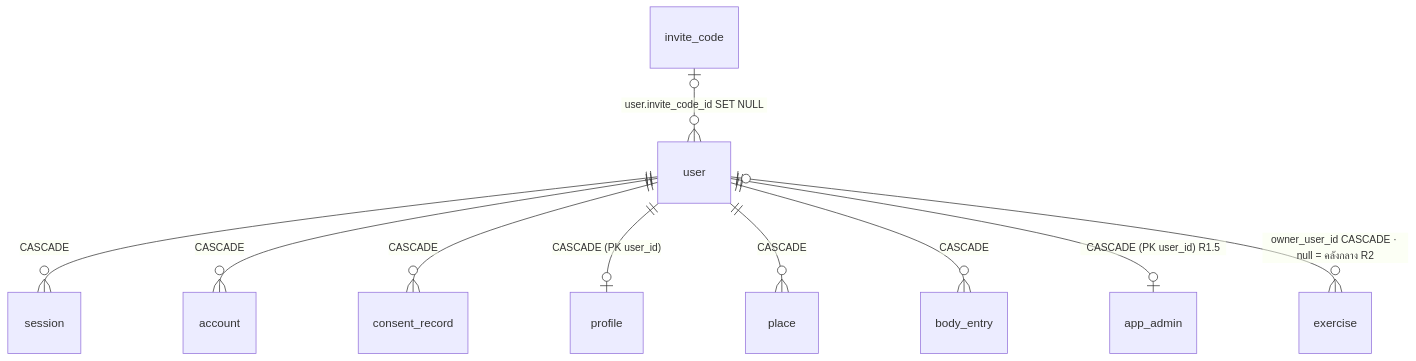
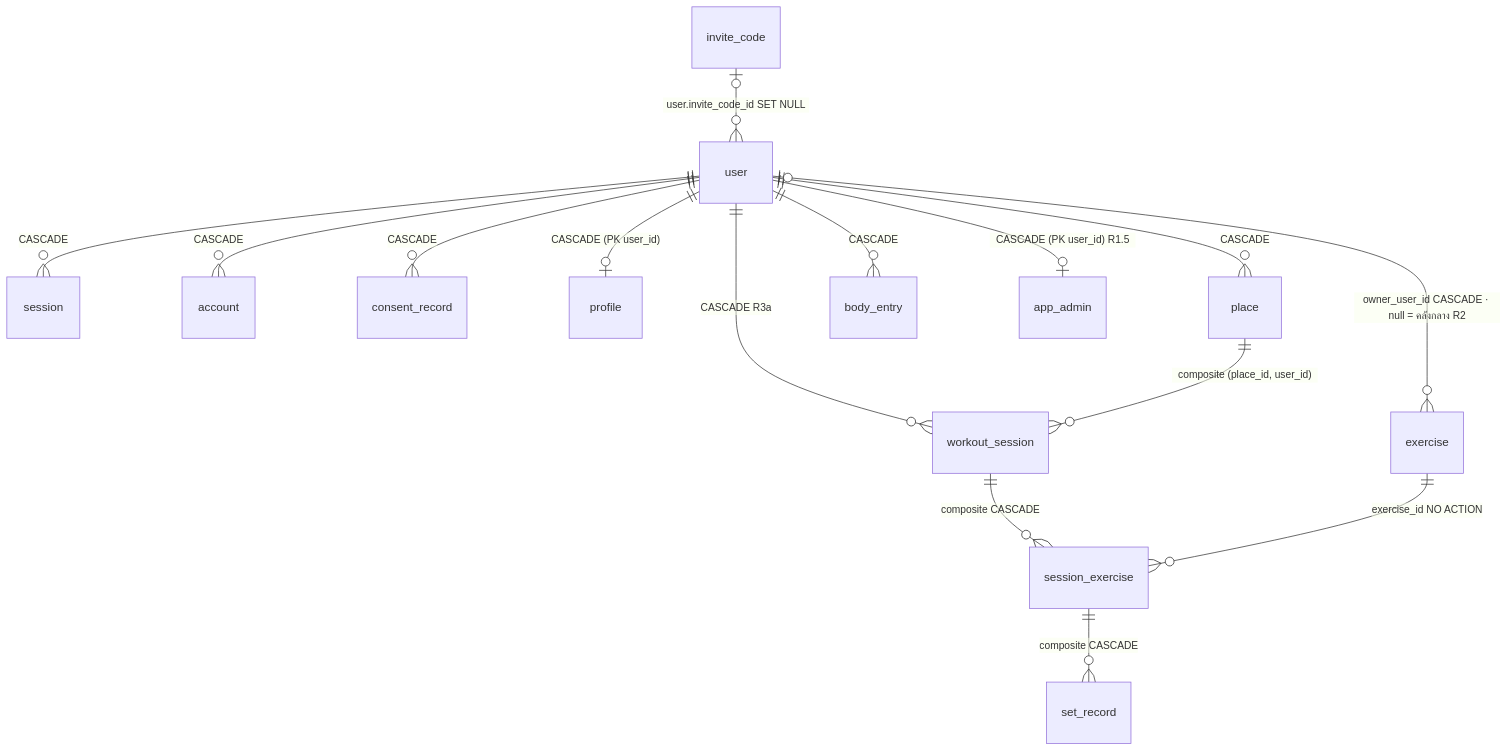
One commit to ieatbaozi-stack/fatcatfit changed the second of 2 diagrams in docs/design/ARCHITECTURE.md. Above: the diagram before and after it, drawn with Mermaid. The commit also changed other lines of this file and 3 other files, not shown here.

Commit message:
docs: R3 ADR 0003/0004 + ARCHITECTURE; iOS PWA research

````diff
--- a/docs/design/ARCHITECTURE.md
+++ b/docs/design/ARCHITECTURE.md
@@ -59,12 +59,17 @@
 ```mermaid
 erDiagram
   user ||--o{ session : "CASCADE"
   user ||--o{ account : "CASCADE"
   user ||--o{ consent_record : "CASCADE"
   user ||--o| profile : "CASCADE (PK user_id)"
   user ||--o{ place : "CASCADE"
   user ||--o{ body_entry : "CASCADE"
   user ||--o| app_admin : "CASCADE (PK user_id) R1.5"
   user |o--o{ exercise : "owner_user_id CASCADE · null = คลังกลาง R2"
   invite_code |o--o{ user : "user.invite_code_id SET NULL"
+  user ||--o{ workout_session : "CASCADE R3a"
+  place ||--o{ workout_session : "composite (place_id, user_id)"
+  workout_session ||--o{ session_exercise : "composite CASCADE"
+  exercise ||--o{ session_exercise : "exercise_id NO ACTION"
+  session_exercise ||--o{ set_record : "composite CASCADE"
 ```
````
